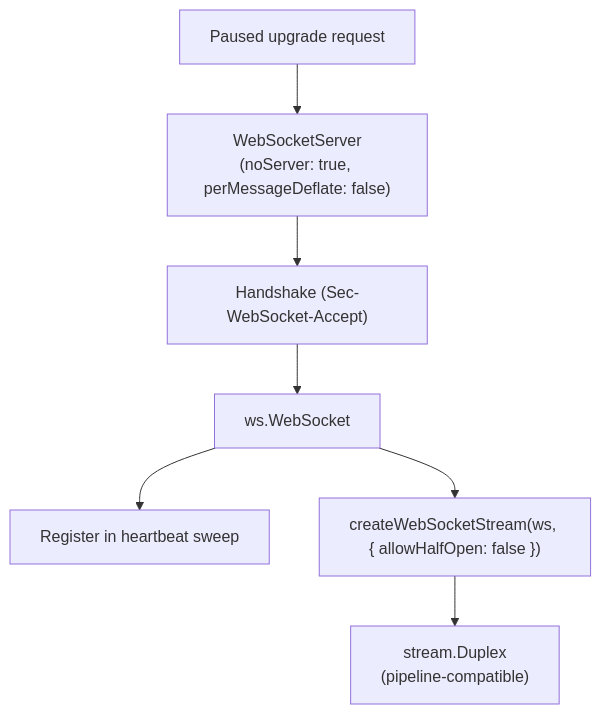
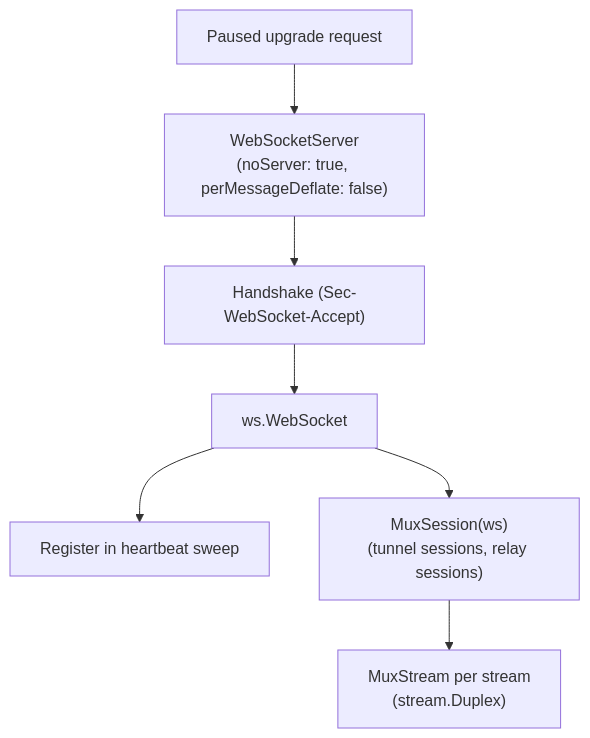
Before and after one commit to fullstackedorg/tunnels: the diagram in docs/3-subsystems/websocket-server.md, drawn with Mermaid. The commit also changed other lines of this file and 56 other files, not shown here.

````diff
--- a/docs/3-subsystems/websocket-server.md
+++ b/docs/3-subsystems/websocket-server.md
@@ -3,9 +3,9 @@
 ```mermaid
 flowchart TD
     Upgrade["Paused upgrade request"] --> Engine["WebSocketServer\n(noServer: true, perMessageDeflate: false)"]
     Engine --> Handshake["Handshake (Sec-WebSocket-Accept)"]
     Handshake --> WS["ws.WebSocket"]
     WS --> Registry["Register in heartbeat sweep"]
-    WS --> Duplex["createWebSocketStream(ws, { allowHalfOpen: false })"]
-    Duplex --> Node["stream.Duplex\n(pipeline-compatible)"]
+    WS --> Mux["MuxSession(ws)\n(tunnel sessions, relay sessions)"]
+    Mux --> Node["MuxStream per stream\n(stream.Duplex)"]
 ```
````
